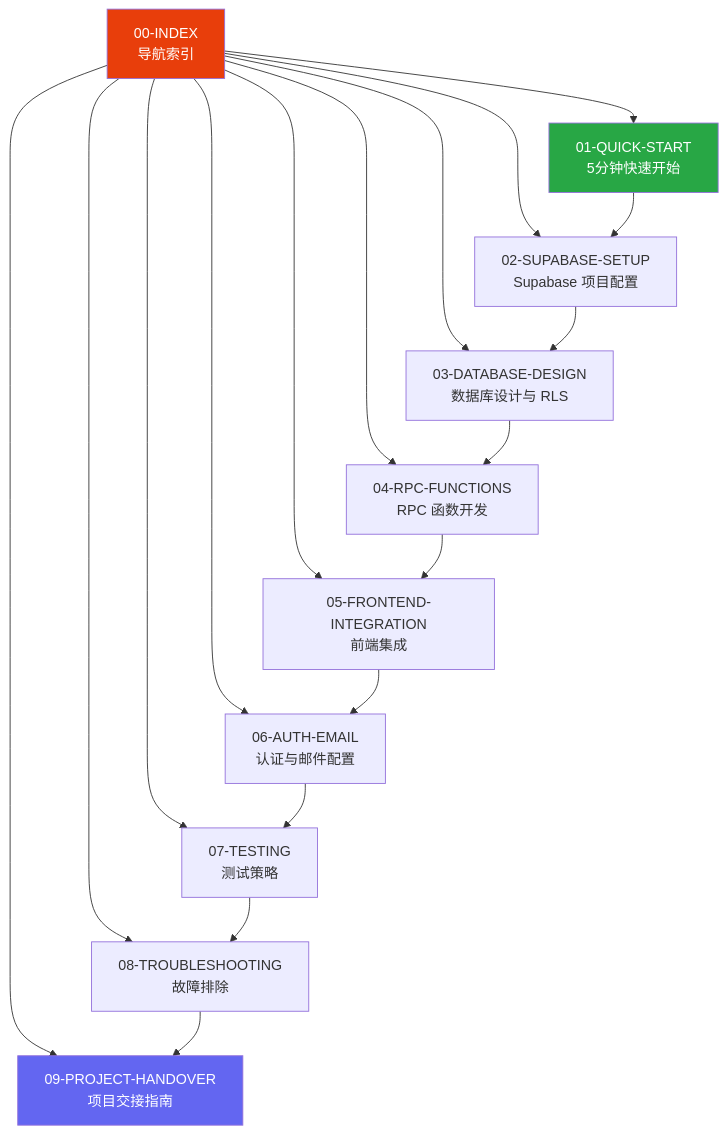
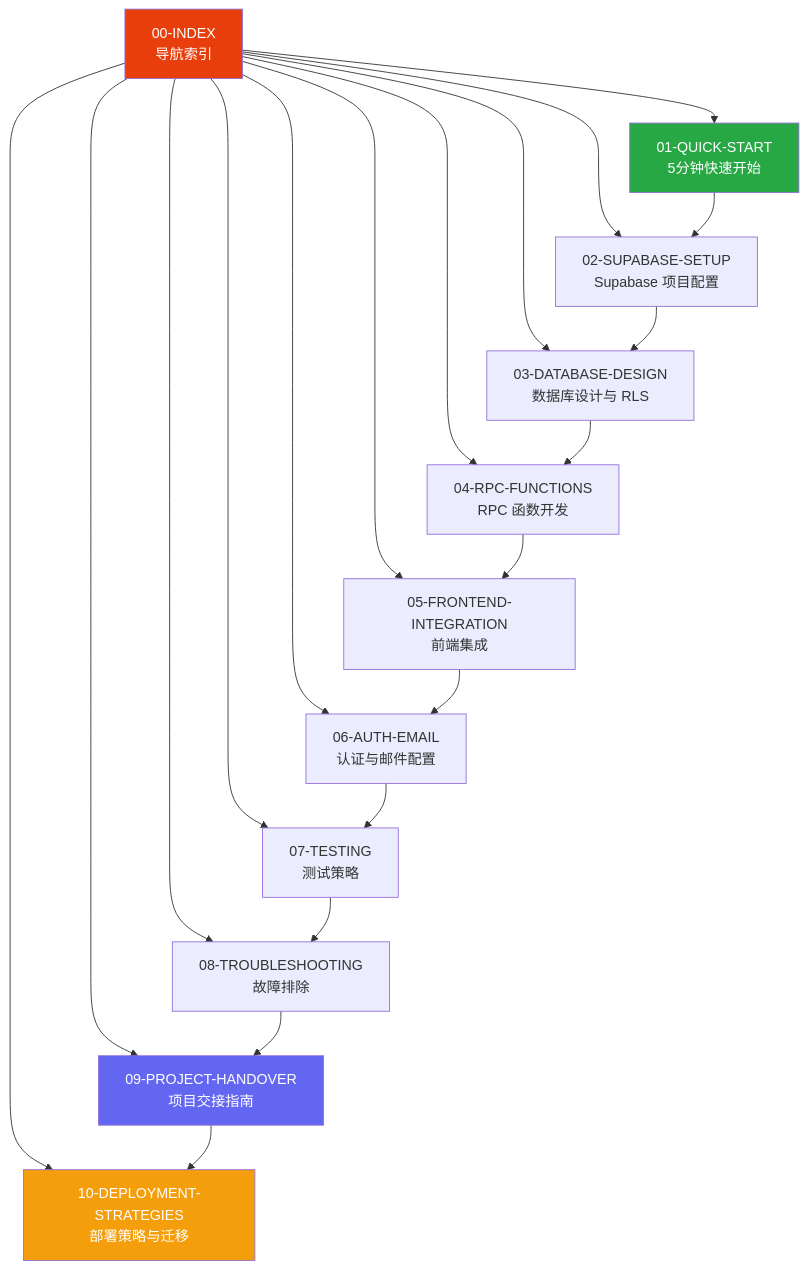
One commit to veil-chow-fyaic/SRM changed the diagram in docs/ai-backend-development-guide/00-INDEX.md. Above: the diagram before and after it, drawn with Mermaid. The commit also changed other lines of this file and 6 other files, not shown here.

````diff
--- a/docs/ai-backend-development-guide/00-INDEX.md
+++ b/docs/ai-backend-development-guide/00-INDEX.md
@@ -7,25 +7,28 @@
 ```mermaid
 graph TB
     A[00-INDEX<br/>导航索引] --> B[01-QUICK-START<br/>5分钟快速开始]
     A --> C[02-SUPABASE-SETUP<br/>Supabase 项目配置]
     A --> D[03-DATABASE-DESIGN<br/>数据库设计与 RLS]
     A --> E[04-RPC-FUNCTIONS<br/>RPC 函数开发]
     A --> F[05-FRONTEND-INTEGRATION<br/>前端集成]
     A --> G[06-AUTH-EMAIL<br/>认证与邮件配置]
     A --> H[07-TESTING<br/>测试策略]
     A --> I[08-TROUBLESHOOTING<br/>故障排除]
     A --> J[09-PROJECT-HANDOVER<br/>项目交接指南]
+    A --> K[10-DEPLOYMENT-STRATEGIES<br/>部署策略与迁移]
 
     B --> C
     C --> D
     D --> E
     E --> F
     F --> G
     G --> H
     H --> I
     I --> J
+    J --> K
 
     style A fill:#e83e0b,color:#fff
     style B fill:#28a745,color:#fff
     style J fill:#6366f1,color:#fff
+    style K fill:#f59e0b,color:#fff
 ```
````
